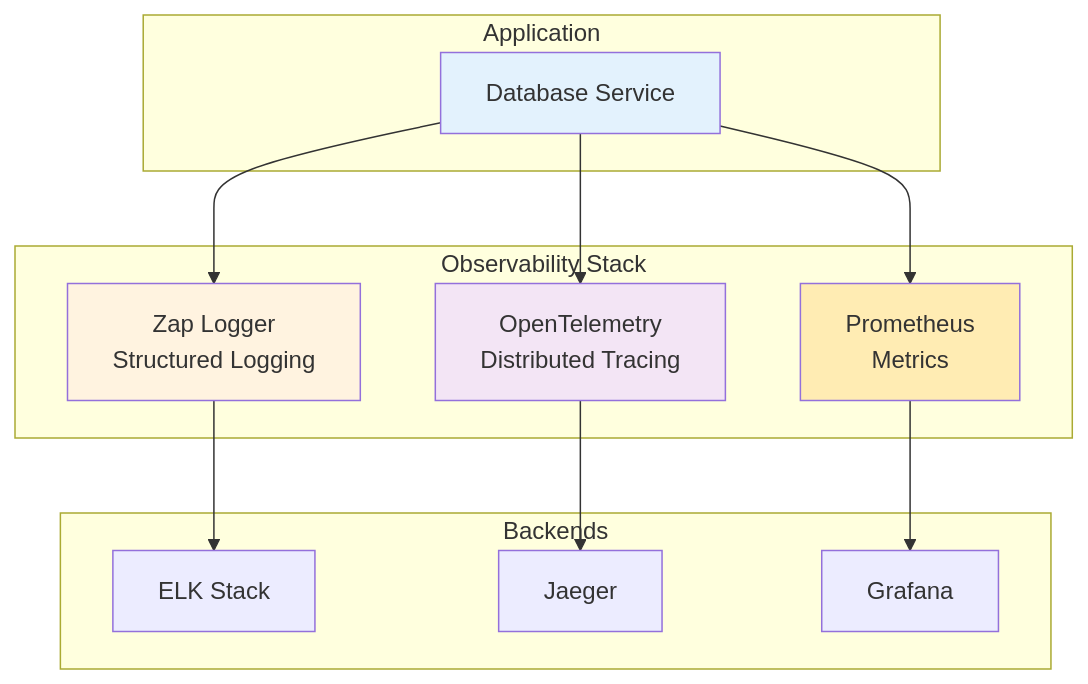
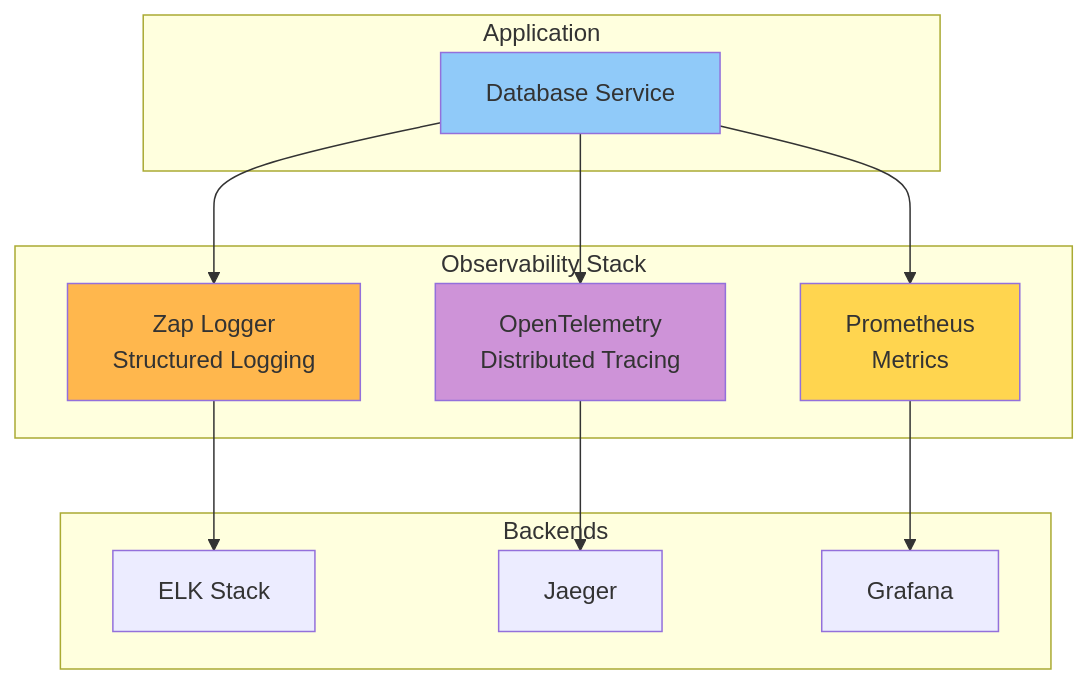
One commit to YouSangSon/database-service changed diagram 11 of 11 in docs/ARCHITECTURE.md. Above: the diagram before and after it, drawn with Mermaid. The commit also changed other lines of this file and 5 other files, not shown here.

First line of the commit message:
Update to Go 1.25.4 and improve Mermaid diagram readability

````diff
--- a/docs/ARCHITECTURE.md
+++ b/docs/ARCHITECTURE.md
@@ -438,31 +438,31 @@
 ```mermaid
 graph TB
     subgraph "Application"
         APP[Database Service]
     end
 
     subgraph "Observability Stack"
         LOG[Zap Logger<br/>Structured Logging]
         TRACE[OpenTelemetry<br/>Distributed Tracing]
         METRIC[Prometheus<br/>Metrics]
     end
 
     subgraph "Backends"
         ELK[ELK Stack]
         JAEGER[Jaeger]
         GRAFANA[Grafana]
     end
 
     APP --> LOG
     APP --> TRACE
     APP --> METRIC
 
     LOG --> ELK
     TRACE --> JAEGER
     METRIC --> GRAFANA
 
-    style APP fill:#e3f2fd
-    style LOG fill:#fff3e0
-    style TRACE fill:#f3e5f5
-    style METRIC fill:#ffecb3
+    style APP fill:#90caf9
+    style LOG fill:#ffb74d
+    style TRACE fill:#ce93d8
+    style METRIC fill:#ffd54f
 ```
````
